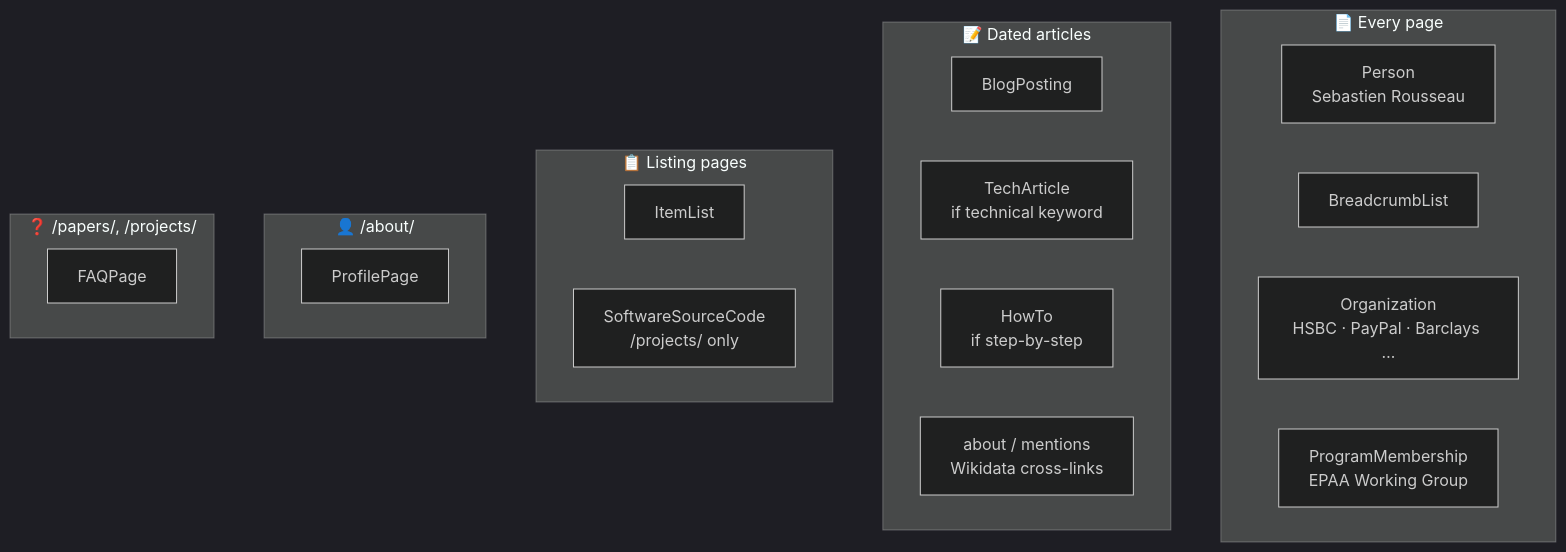
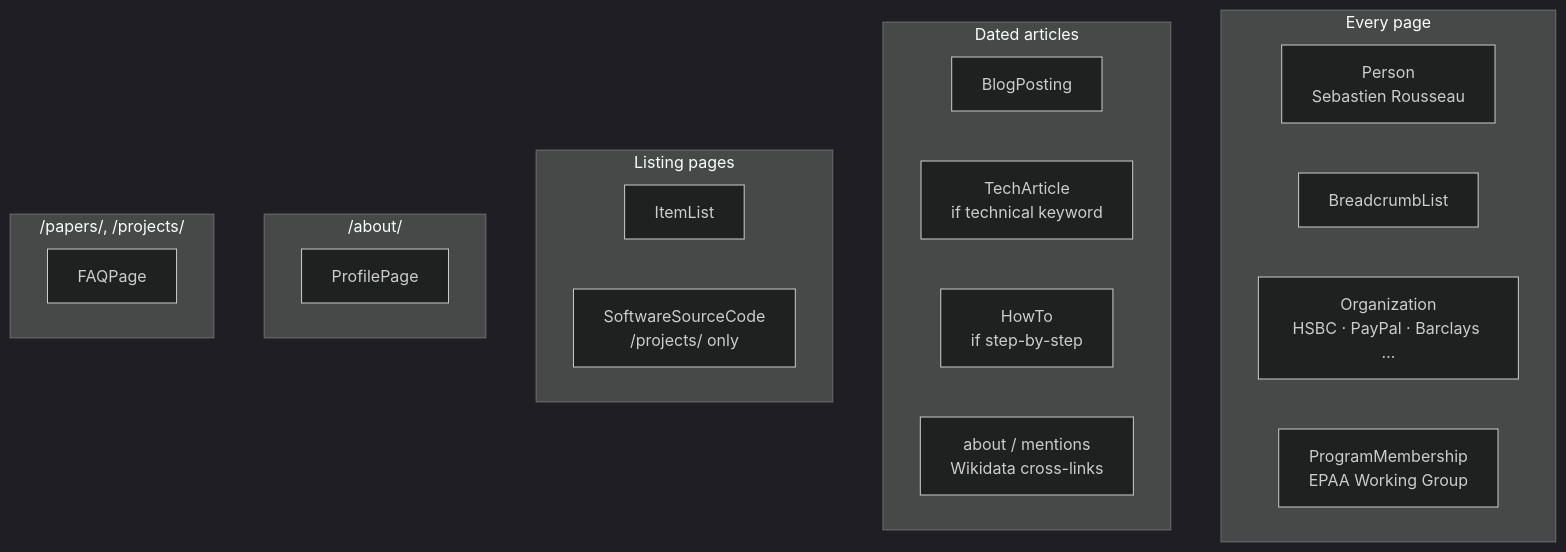
The first of 2 diagrams in doc/SCHEMAS.md (sebastienrousseau/sebastienrousseau.github.io), drawn with Mermaid (dark theme) before and after one commit. The commit also changed other lines of this file and 6 other files, not shown here.

First line of the commit message:
docs: rename Shokunin → Static Site Generator + strip emoji from Mermaid diagrams

````diff
--- a/doc/SCHEMAS.md
+++ b/doc/SCHEMAS.md
@@ -19,29 +19,29 @@
 ```mermaid
 graph TB
-    subgraph EVERY["📄 Every page"]
+    subgraph EVERY["Every page"]
         PERSON[Person<br/>Sebastien Rousseau]
         BC[BreadcrumbList]
         ORG[Organization<br/>HSBC · PayPal · Barclays …]
         MEM[ProgramMembership<br/>EPAA Working Group]
     end
 
-    subgraph ARTICLES["📝 Dated articles"]
+    subgraph ARTICLES["Dated articles"]
         BP[BlogPosting]
         TA[TechArticle<br/>if technical keyword]
         HT[HowTo<br/>if step-by-step]
         ABOUT[about / mentions<br/>Wikidata cross-links]
     end
 
-    subgraph LISTING["📋 Listing pages"]
+    subgraph LISTING["Listing pages"]
         IL[ItemList]
         SSC[SoftwareSourceCode<br/>/projects/ only]
     end
 
-    subgraph PROFILE["👤 /about/"]
+    subgraph PROFILE["/about/"]
         PP[ProfilePage]
     end
 
-    subgraph FAQ["❓ /papers/, /projects/"]
+    subgraph FAQ["/papers/, /projects/"]
         FAQP[FAQPage]
     end
 ```
````
